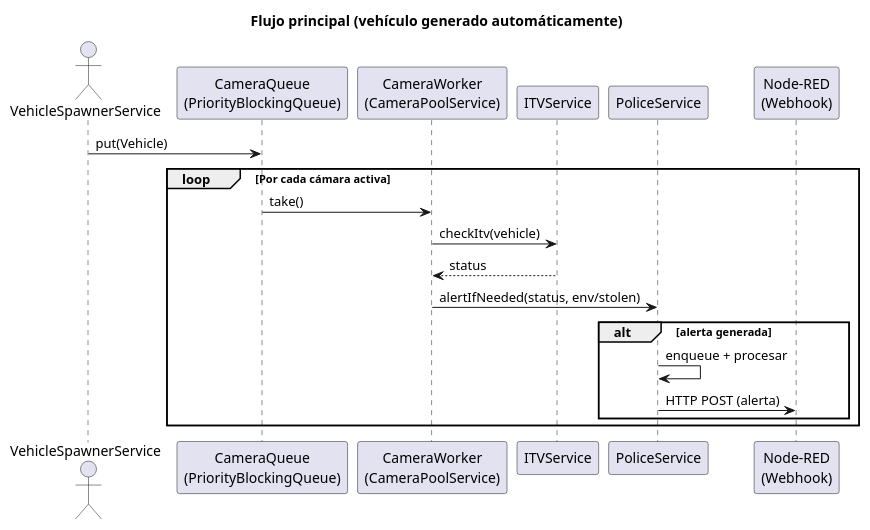
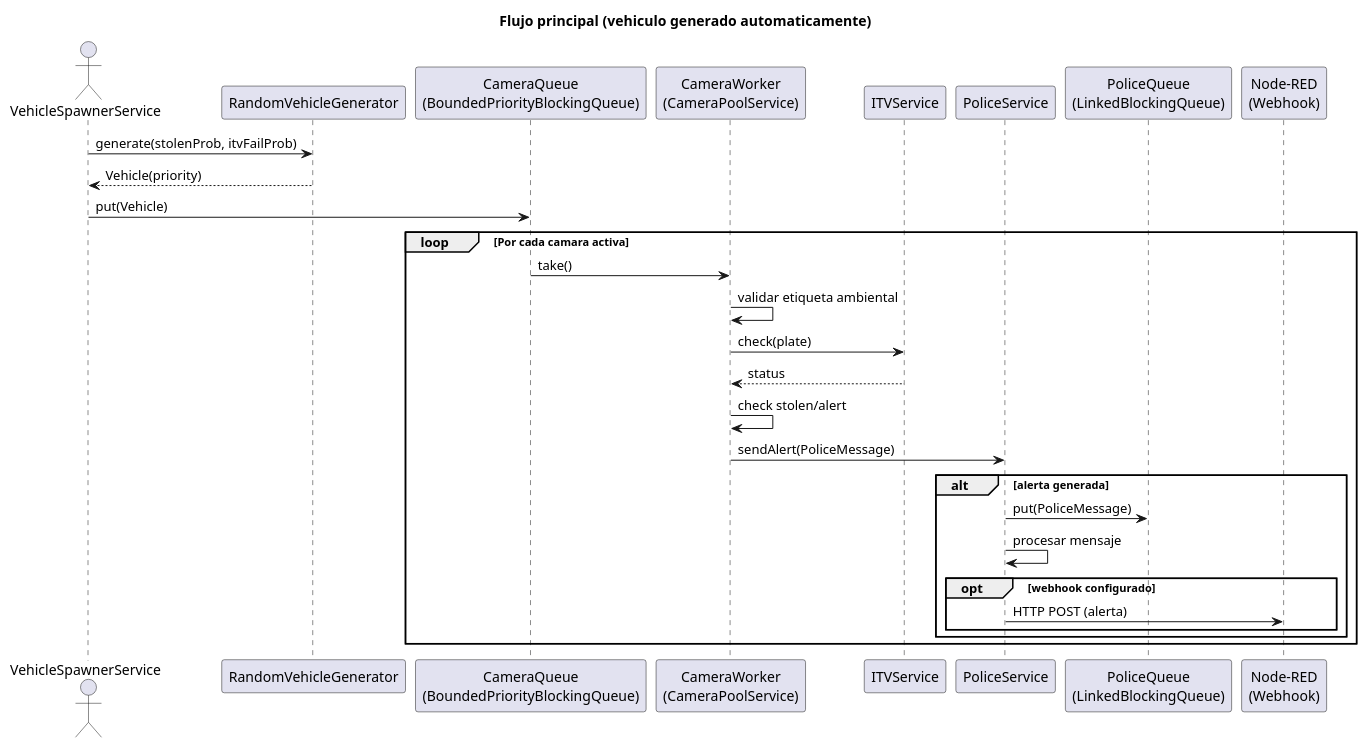
Before and after one commit to IbaiZJ/CRAI: the diagram in os/docs/sequence.puml, drawn with PlantUML.

Commit message:
Refactor sequence diagram for vehicle generation process to enhance clarity and structure

```diff
--- a/os/docs/sequence.puml
+++ b/os/docs/sequence.puml
@@ -1,21 +1,30 @@
 @startuml Sequence
-title Flujo principal (vehículo generado automáticamente)
+title Flujo principal (vehiculo generado automaticamente)
 actor "VehicleSpawnerService" as Spawner
-participant "CameraQueue\n(PriorityBlockingQueue)" as Queue
+participant "RandomVehicleGenerator" as Generator
+participant "CameraQueue\n(BoundedPriorityBlockingQueue)" as Queue
 participant "CameraWorker\n(CameraPoolService)" as Camera
 participant "ITVService" as ITV
 participant "PoliceService" as Police
+participant "PoliceQueue\n(LinkedBlockingQueue)" as PoliceQueue
 participant "Node-RED\n(Webhook)" as NodeRed
 
+Spawner -> Generator : generate(stolenProb, itvFailProb)
+Generator --> Spawner : Vehicle(priority)
 Spawner -> Queue : put(Vehicle)
-loop Por cada cámara activa
+loop Por cada camara activa
   Queue -> Camera : take()
-  Camera -> ITV : checkItv(vehicle)
+  Camera -> Camera : validar etiqueta ambiental
+  Camera -> ITV : check(plate)
   ITV --> Camera : status
-  Camera -> Police : alertIfNeeded(status, env/stolen)
+  Camera -> Camera : check stolen/alert
+  Camera -> Police : sendAlert(PoliceMessage)
   alt alerta generada
-    Police -> Police : enqueue + procesar
-    Police -> NodeRed : HTTP POST (alerta)
+    Police -> PoliceQueue : put(PoliceMessage)
+    Police -> Police : procesar mensaje
+    opt webhook configurado
+      Police -> NodeRed : HTTP POST (alerta)
+    end
   end
 end
 @enduml
```
